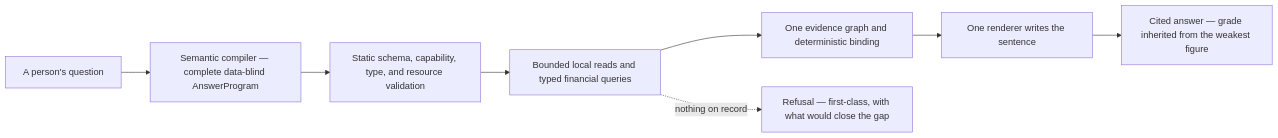
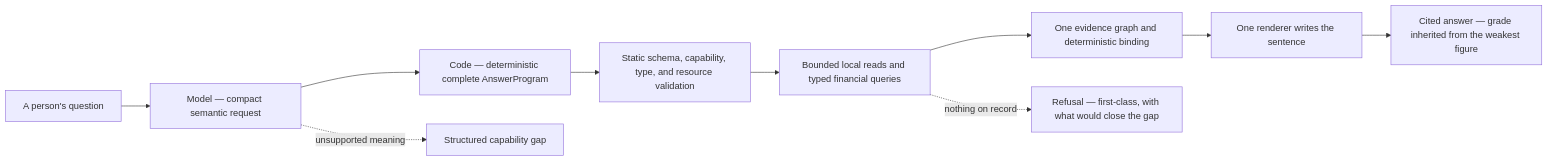
One commit to vishnuyar/orionviva changed the second of 2 diagrams in docs/data-flow.md. Above: the diagram before and after it, drawn with Mermaid. The commit also changed other lines of this file and 52 other files, not shown here.

````diff
--- a/docs/data-flow.md
+++ b/docs/data-flow.md
@@ -127,10 +130,12 @@
 ```mermaid
 flowchart LR
-    q["A person's question"] --> compiler["Semantic compiler — complete data-blind AnswerProgram"]
+    q["A person's question"] --> select["Model — compact semantic request"]
+    select --> compiler["Code — deterministic complete AnswerProgram"]
     compiler --> validate["Static schema, capability, type, and resource validation"]
     validate --> tools["Bounded local reads and typed financial queries"]
     tools --> bind["One evidence graph and deterministic binding"]
     bind --> render["One renderer writes the sentence"]
     render --> answer["Cited answer — grade inherited from the weakest figure"]
     tools -. "nothing on record" .-> refuse["Refusal — first-class, with what would close the gap"]
+    select -. "unsupported meaning" .-> gap["Structured capability gap"]
 ```
````
